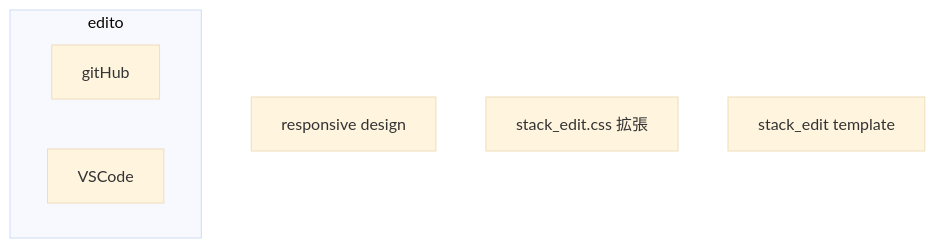
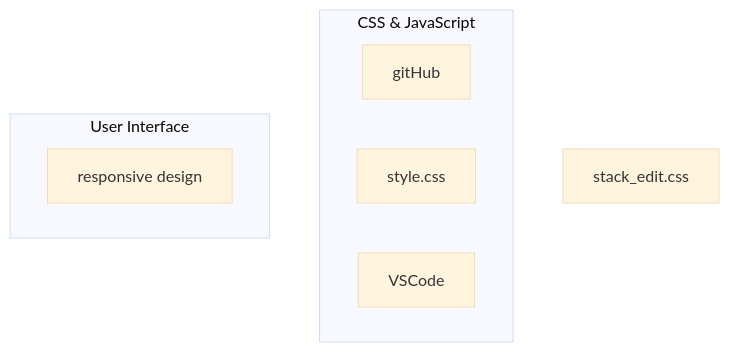
The second of 2 diagrams in README.md (takemoto61/template), drawn with Mermaid (base theme) before and after one commit. The commit also changed other lines of this file and 1 other file, not shown here.

````diff
--- a/README.md
+++ b/README.md
@@ -3,11 +45,15 @@
 ```mermaid
 graph TD
 a[gitHub]
 b[responsive design]
-c[stack_edit.css 拡張]
-d[stack_edit template]
-subgraph edito
+c[style.css]
+d[stack_edit.css]
+subgraph CSS & JavaScript 
 a
 e[VSCode]
+c
+end
+subgraph User Interface
+b
 end
 ```
````
